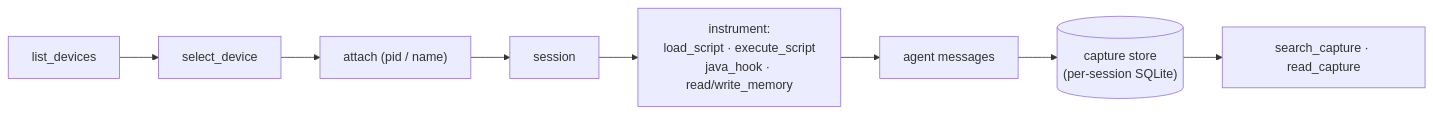
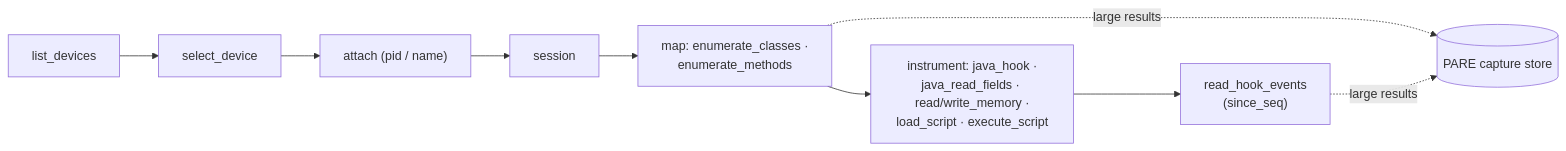
The second of 2 diagrams in docs/frida-quickstart.md (EdibleTuber/PARE), drawn with Mermaid before and after one commit. The commit also changed other lines of this file and 4 other files, not shown here.

First line of the commit message:
docs: capture store, networked Frida, worker deps, model (round 1)

````diff
--- a/docs/frida-quickstart.md
+++ b/docs/frida-quickstart.md
@@ -119,10 +156,11 @@
 ```mermaid
 flowchart LR
     LD["list_devices"] --> SD["select_device"]
     SD --> AT["attach (pid / name)"]
     AT --> SESS["session"]
-    SESS --> INSTR["instrument:<br/>load_script · execute_script<br/>java_hook · read/write_memory"]
-    INSTR --> MSG["agent messages"]
-    MSG --> CAP[("capture store<br/>(per-session SQLite)")]
-    CAP --> Q["search_capture · read_capture"]
+    SESS --> MAP["map: enumerate_classes ·<br/>enumerate_methods"]
+    MAP --> INSTR["instrument: java_hook ·<br/>java_read_fields · read/write_memory ·<br/>load_script · execute_script"]
+    INSTR --> EV["read_hook_events<br/>(since_seq)"]
+    MAP -. "large results" .-> CAP[("PARE capture store")]
+    EV -. "large results" .-> CAP
 ```
````
